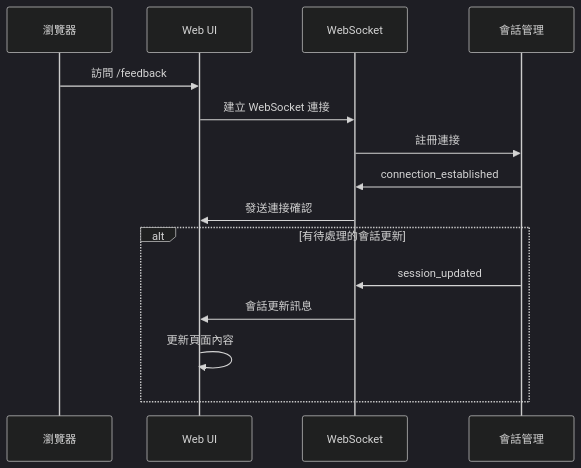
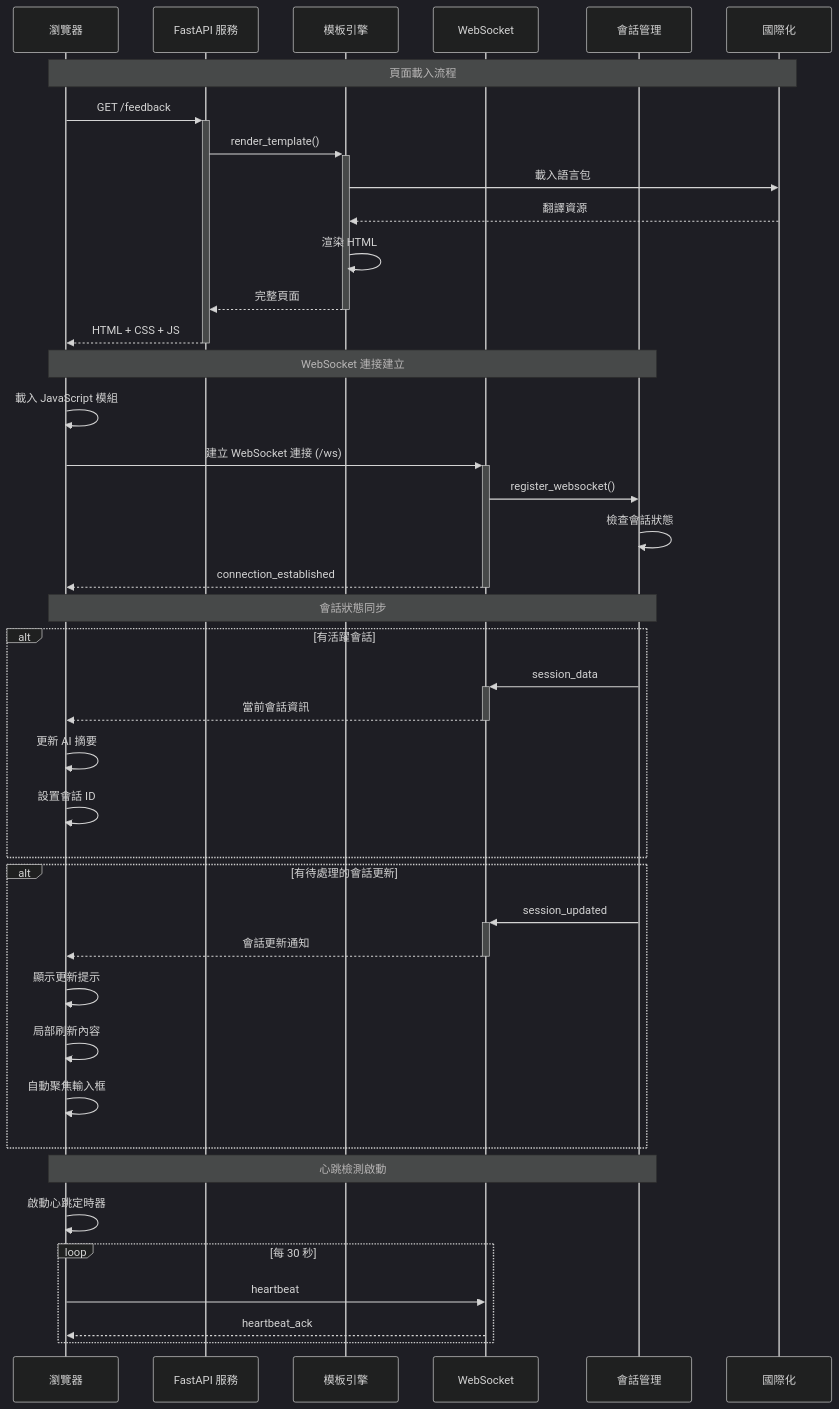
The third of 7 diagrams in docs/architecture/interaction-flows.md (zetxtech/mcp-feedback-enhanced), drawn with Mermaid (dark theme) before and after one commit. The commit also changed other lines of this file and 4 other files, not shown here.

````diff
--- a/docs/architecture/interaction-flows.md
+++ b/docs/architecture/interaction-flows.md
@@ -120,19 +274,48 @@
 ```mermaid
 sequenceDiagram
     participant Browser as 瀏覽器
-    participant UI as Web UI
+    participant FastAPI as FastAPI 服務
+    participant Template as 模板引擎
     participant WS as WebSocket
     participant Session as 會話管理
+    participant I18N as 國際化
 
-    Browser->>UI: 訪問 /feedback
-    UI->>WS: 建立 WebSocket 連接
-    WS->>Session: 註冊連接
-    Session->>WS: connection_established
-    WS->>UI: 發送連接確認
+    Note over Browser,I18N: 頁面載入流程
+    Browser->>+FastAPI: GET /feedback
+    FastAPI->>+Template: render_template()
+    Template->>I18N: 載入語言包
+    I18N-->>Template: 翻譯資源
+    Template->>Template: 渲染 HTML
+    Template-->>-FastAPI: 完整頁面
+    FastAPI-->>-Browser: HTML + CSS + JS
+
+    Note over Browser,Session: WebSocket 連接建立
+    Browser->>Browser: 載入 JavaScript 模組
+    Browser->>+WS: 建立 WebSocket 連接 (/ws)
+    WS->>Session: register_websocket()
+    Session->>Session: 檢查會話狀態
+    WS-->>-Browser: connection_established
+
+    Note over Browser,Session: 會話狀態同步
+    alt 有活躍會話
+        Session->>+WS: session_data
+        WS-->>-Browser: 當前會話資訊
+        Browser->>Browser: 更新 AI 摘要
+        Browser->>Browser: 設置會話 ID
+    end
 
     alt 有待處理的會話更新
-        Session->>WS: session_updated
-        WS->>UI: 會話更新訊息
-        UI->>UI: 更新頁面內容
+        Session->>+WS: session_updated
+        WS-->>-Browser: 會話更新通知
+        Browser->>Browser: 顯示更新提示
+        Browser->>Browser: 局部刷新內容
+        Browser->>Browser: 自動聚焦輸入框
+    end
+
+    Note over Browser,Session: 心跳檢測啟動
+    Browser->>Browser: 啟動心跳定時器
+    loop 每 30 秒
+        Browser->>WS: heartbeat
+        WS-->>Browser: heartbeat_ack
     end
 ```
````
